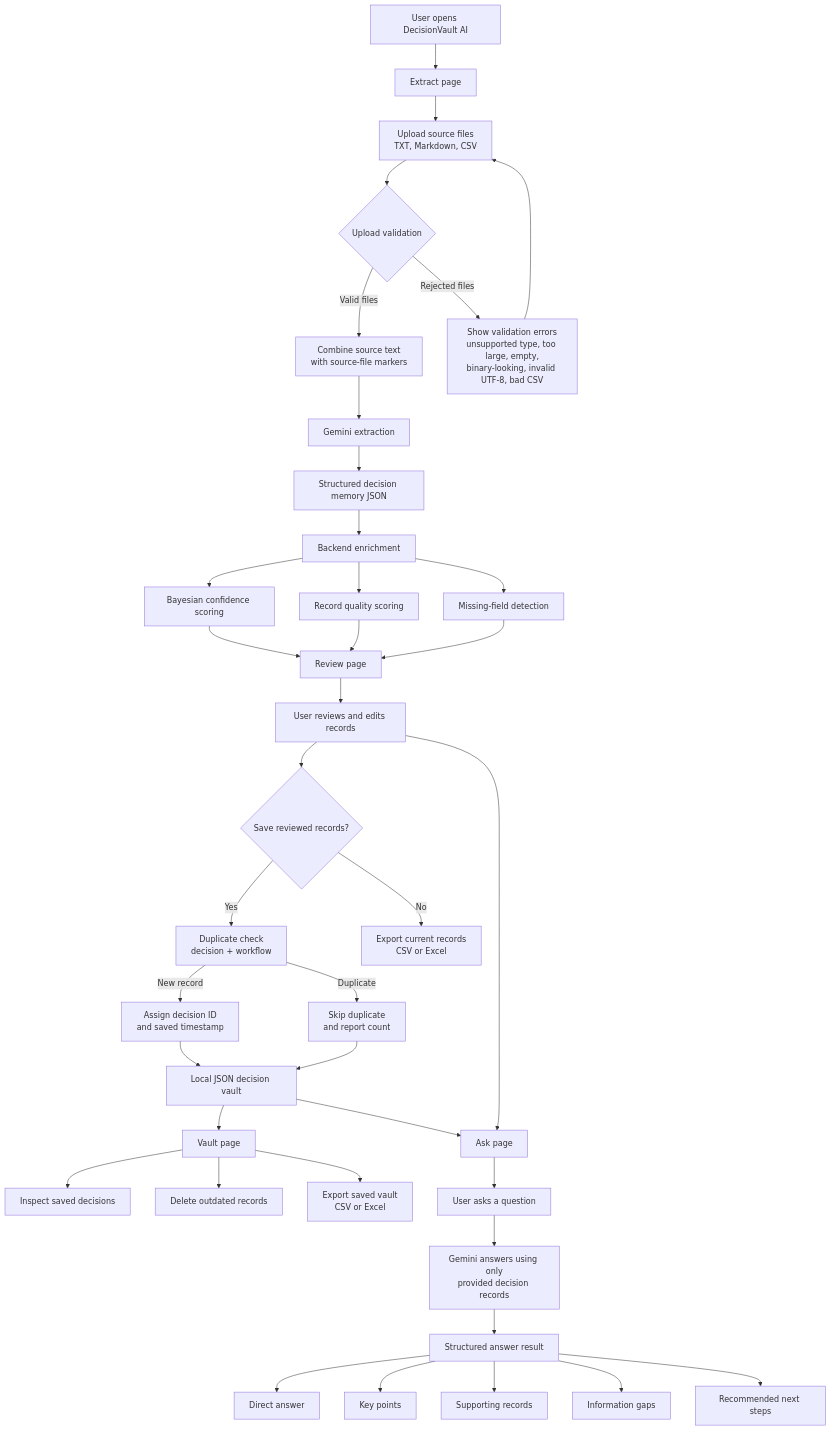
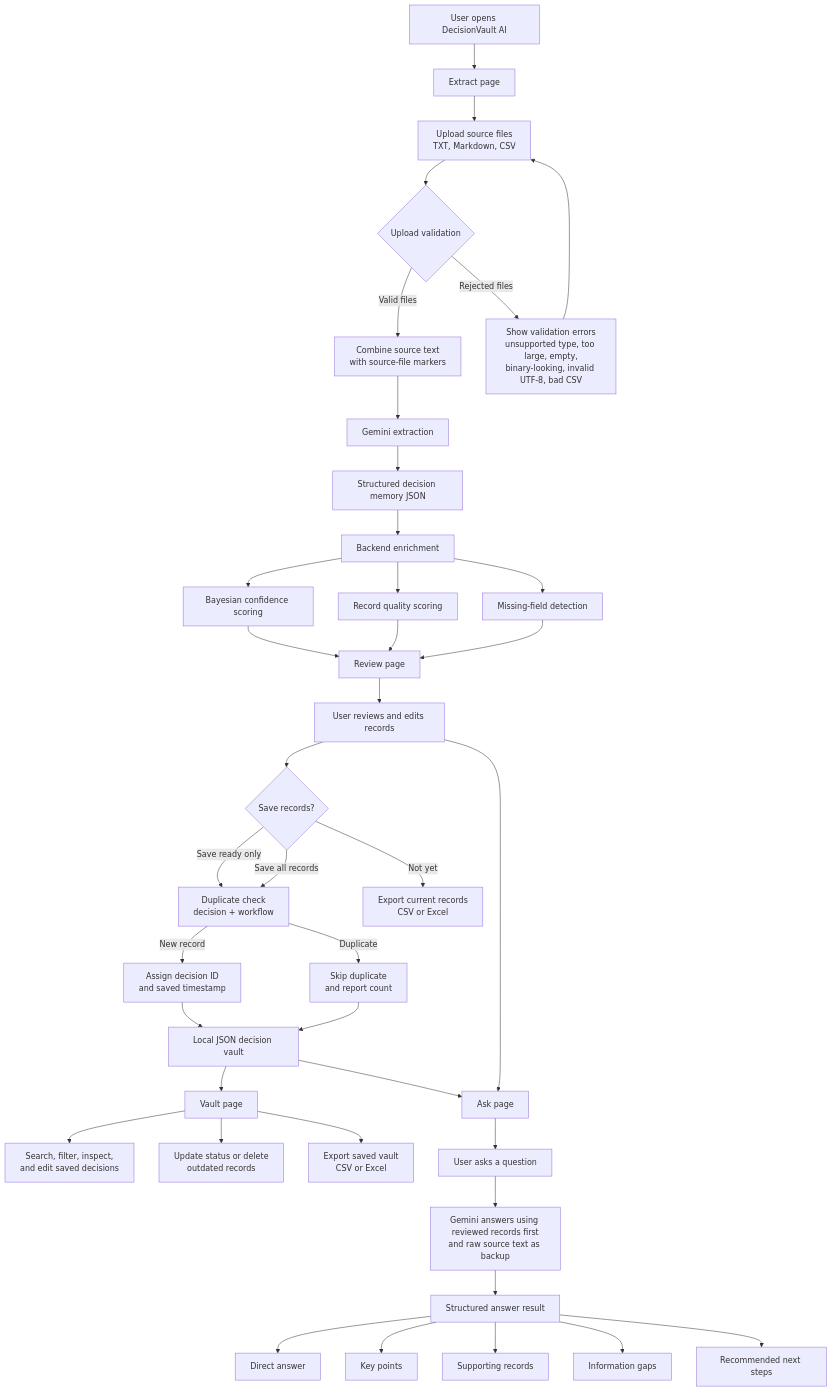
One commit to chandra23225/DecisionVault_AI changed the diagram in README.md. Above: the diagram before and after it, drawn with Mermaid. The commit also changed other lines of this file, not shown here.

````diff
--- a/README.md
+++ b/README.md
@@ -39,49 +39,50 @@
 ```mermaid
 flowchart TD
     A[User opens DecisionVault AI] --> B[Extract page]
     B --> C[Upload source files<br/>TXT, Markdown, CSV]
     C --> D{Upload validation}
 
     D -->|Valid files| E[Combine source text<br/>with source-file markers]
     D -->|Rejected files| D1[Show validation errors<br/>unsupported type, too large, empty,<br/>binary-looking, invalid UTF-8, bad CSV]
     D1 --> C
 
     E --> F[Gemini extraction]
     F --> G[Structured decision memory JSON]
 
     G --> H[Backend enrichment]
     H --> H1[Bayesian confidence scoring]
     H --> H2[Record quality scoring]
     H --> H3[Missing-field detection]
 
     H1 --> I[Review page]
     H2 --> I
     H3 --> I
 
     I --> J[User reviews and edits records]
-    J --> K{Save reviewed records?}
+    J --> K{Save records?}
 
-    K -->|Yes| L[Duplicate check<br/>decision + workflow]
-    K -->|No| M[Export current records<br/>CSV or Excel]
+    K -->|Save ready only| L[Duplicate check<br/>decision + workflow]
+    K -->|Save all records| L
+    K -->|Not yet| M[Export current records<br/>CSV or Excel]
 
     L -->|New record| N[Assign decision ID<br/>and saved timestamp]
     L -->|Duplicate| O[Skip duplicate<br/>and report count]
     N --> P[Local JSON decision vault]
     O --> P
 
     P --> Q[Vault page]
-    Q --> R[Inspect saved decisions]
-    Q --> S[Delete outdated records]
+    Q --> R[Search, filter, inspect,<br/>and edit saved decisions]
+    Q --> S[Update status or delete<br/>outdated records]
     Q --> T[Export saved vault<br/>CSV or Excel]
 
     J --> U[Ask page]
     P --> U
     U --> V[User asks a question]
-    V --> W[Gemini answers using only<br/>provided decision records]
+    V --> W[Gemini answers using reviewed records first<br/>and raw source text as backup]
     W --> X[Structured answer result]
     X --> X1[Direct answer]
     X --> X2[Key points]
     X --> X3[Supporting records]
     X --> X4[Information gaps]
     X --> X5[Recommended next steps]
 ```
````
